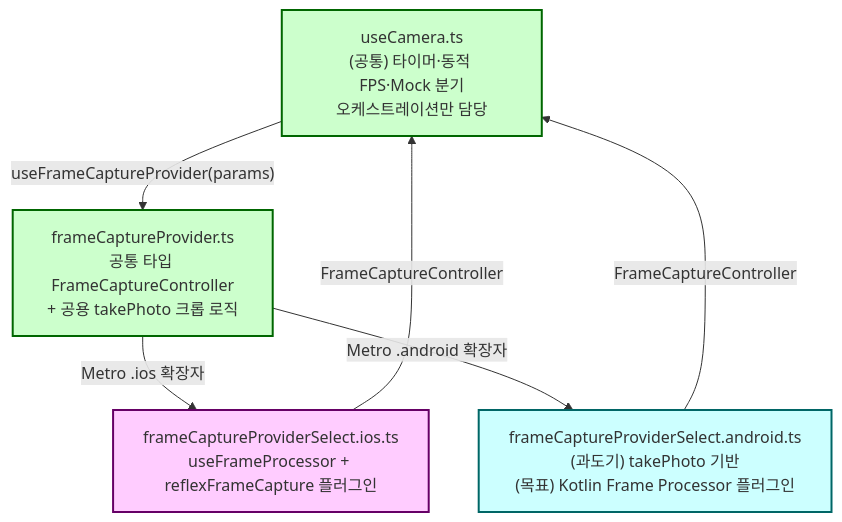
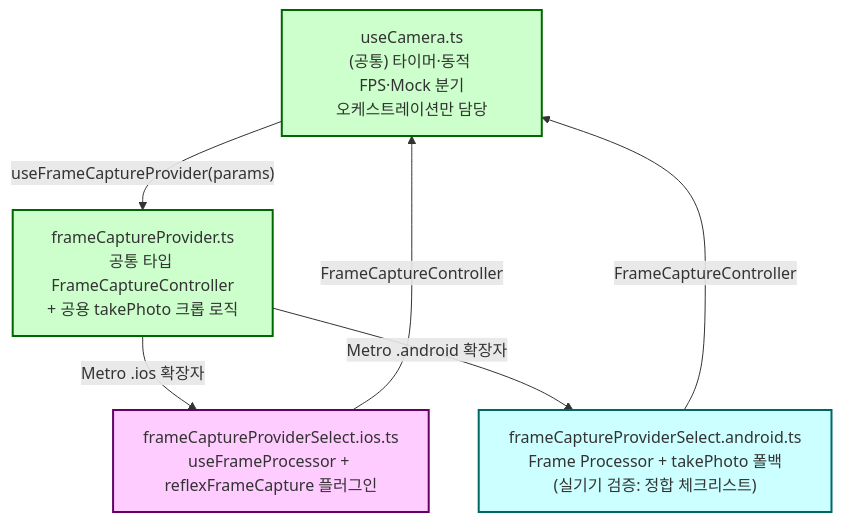
One commit to Groog-sudo/Minchodan changed the diagram in docs/mobile/ios_android_bifurcation_contract.md. Above: the diagram before and after it, drawn with Mermaid. The commit also changed other lines of this file and 3 other files, not shown here.

````diff
--- a/docs/mobile/ios_android_bifurcation_contract.md
+++ b/docs/mobile/ios_android_bifurcation_contract.md
@@ -78,20 +79,20 @@
 ```mermaid
 graph TD
     Hook["useCamera.ts<br/>(공통) 타이머·동적 FPS·Mock 분기<br/>오케스트레이션만 담당"]
     Interface["frameCaptureProvider.ts<br/>공통 타입 FrameCaptureController<br/>+ 공용 takePhoto 크롭 로직"]
     IOSImpl["frameCaptureProviderSelect.ios.ts<br/>useFrameProcessor + reflexFrameCapture 플러그인"]
-    AndroidImpl["frameCaptureProviderSelect.android.ts<br/>(과도기) takePhoto 기반<br/>(목표) Kotlin Frame Processor 플러그인"]
+    AndroidImpl["frameCaptureProviderSelect.android.ts<br/>Frame Processor + takePhoto 폴백<br/>(실기기 검증: 정합 체크리스트)"]
 
     Hook -->|"useFrameCaptureProvider(params)"| Interface
     Interface -->|"Metro .ios 확장자"| IOSImpl
     Interface -->|"Metro .android 확장자"| AndroidImpl
     IOSImpl -->|"FrameCaptureController"| Hook
     AndroidImpl -->|"FrameCaptureController"| Hook
 
     classDef common fill:#cfc,stroke:#060,stroke-width:2px
     classDef ios fill:#fcf,stroke:#606,stroke-width:2px
     classDef android fill:#cff,stroke:#066,stroke-width:2px
     class Hook,Interface common
     class IOSImpl ios
     class AndroidImpl android
 ```
````
